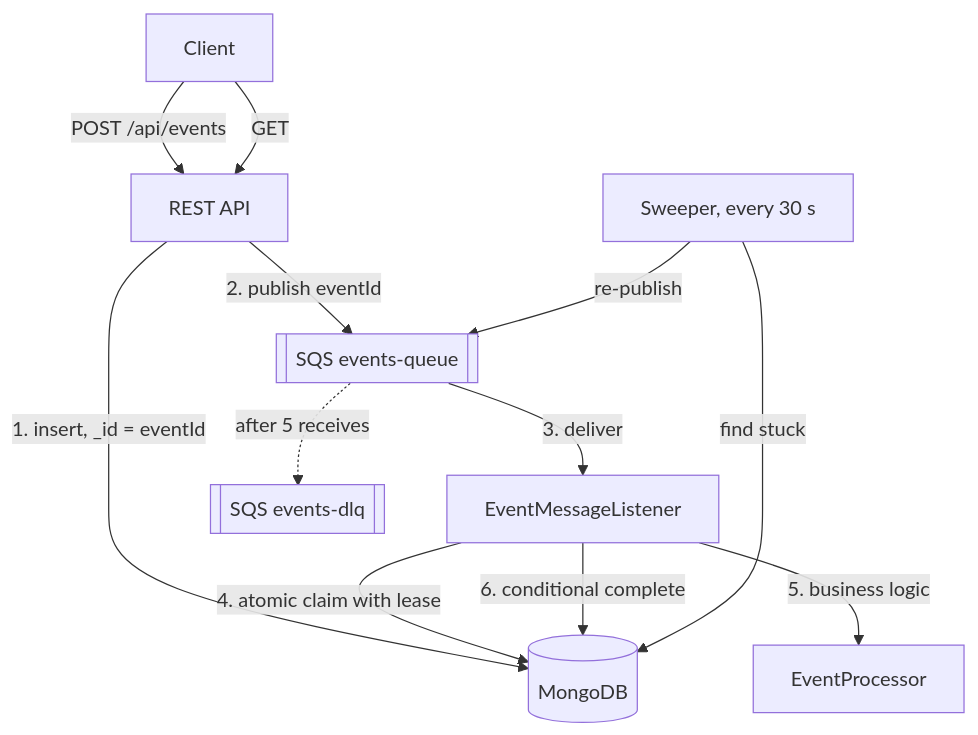
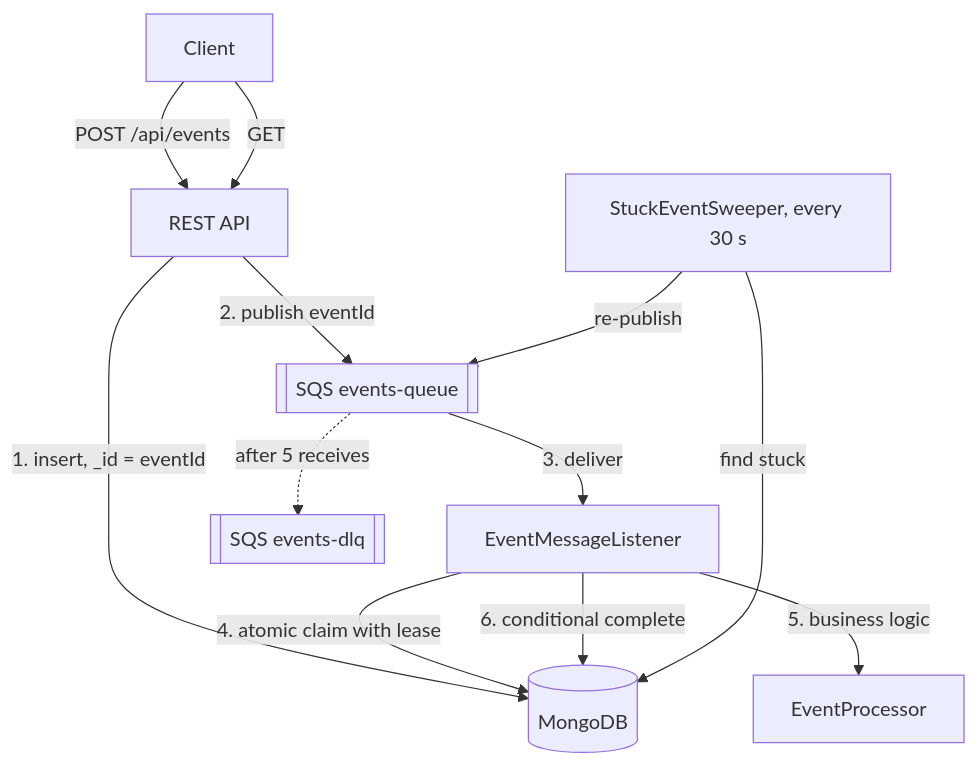
The diagram in ARCHITECTURE.md (GaryShnol/event-processing-service), drawn with Mermaid before and after one commit. The commit also changed other lines of this file and 1 other file, not shown here.

Commit message:
Bring ARCHITECTURE in line with the code: classes, defaults, tests, races

````diff
--- a/ARCHITECTURE.md
+++ b/ARCHITECTURE.md
@@ -13,14 +13,14 @@
 ```mermaid
 flowchart TD
     C[Client] -->|POST /api/events| API[REST API]
     C -->|GET| API
     API -->|1. insert, _id = eventId| DB[(MongoDB)]
     API -->|2. publish eventId| Q[[SQS events-queue]]
     Q -->|3. deliver| L[EventMessageListener]
     L -->|4. atomic claim with lease| DB
     L -->|5. business logic| P[EventProcessor]
     L -->|6. conditional complete| DB
     Q -.->|after 5 receives| DLQ[[SQS events-dlq]]
-    R[Sweeper, every 30 s] -->|find stuck| DB
+    R[StuckEventSweeper, every 30 s] -->|find stuck| DB
     R -->|re-publish| Q
 ```
````
